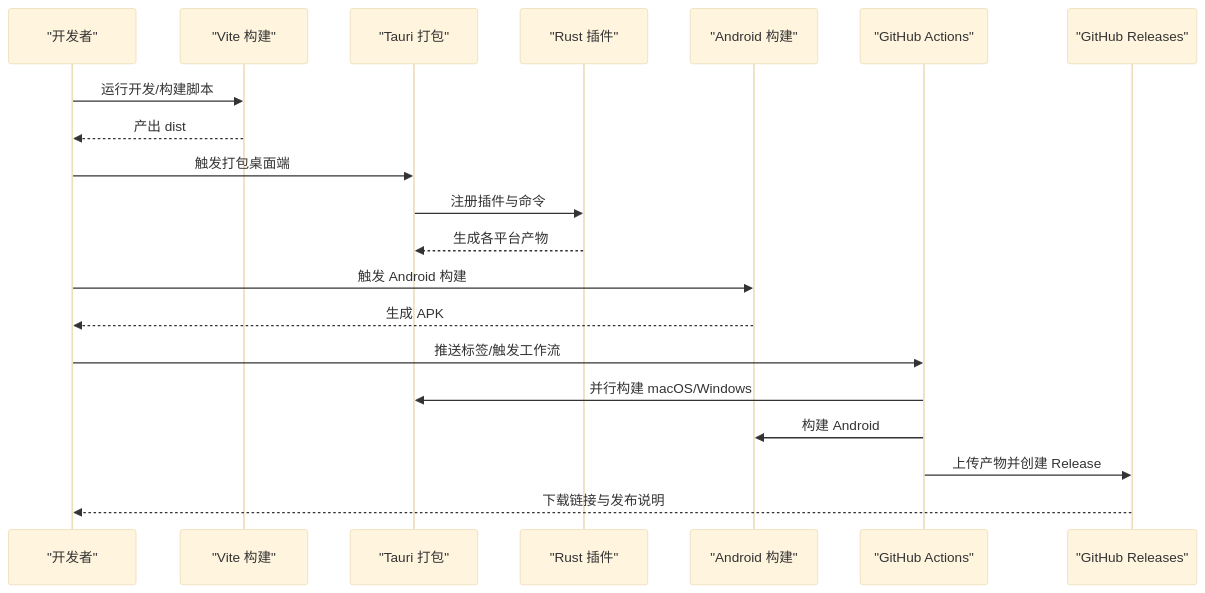
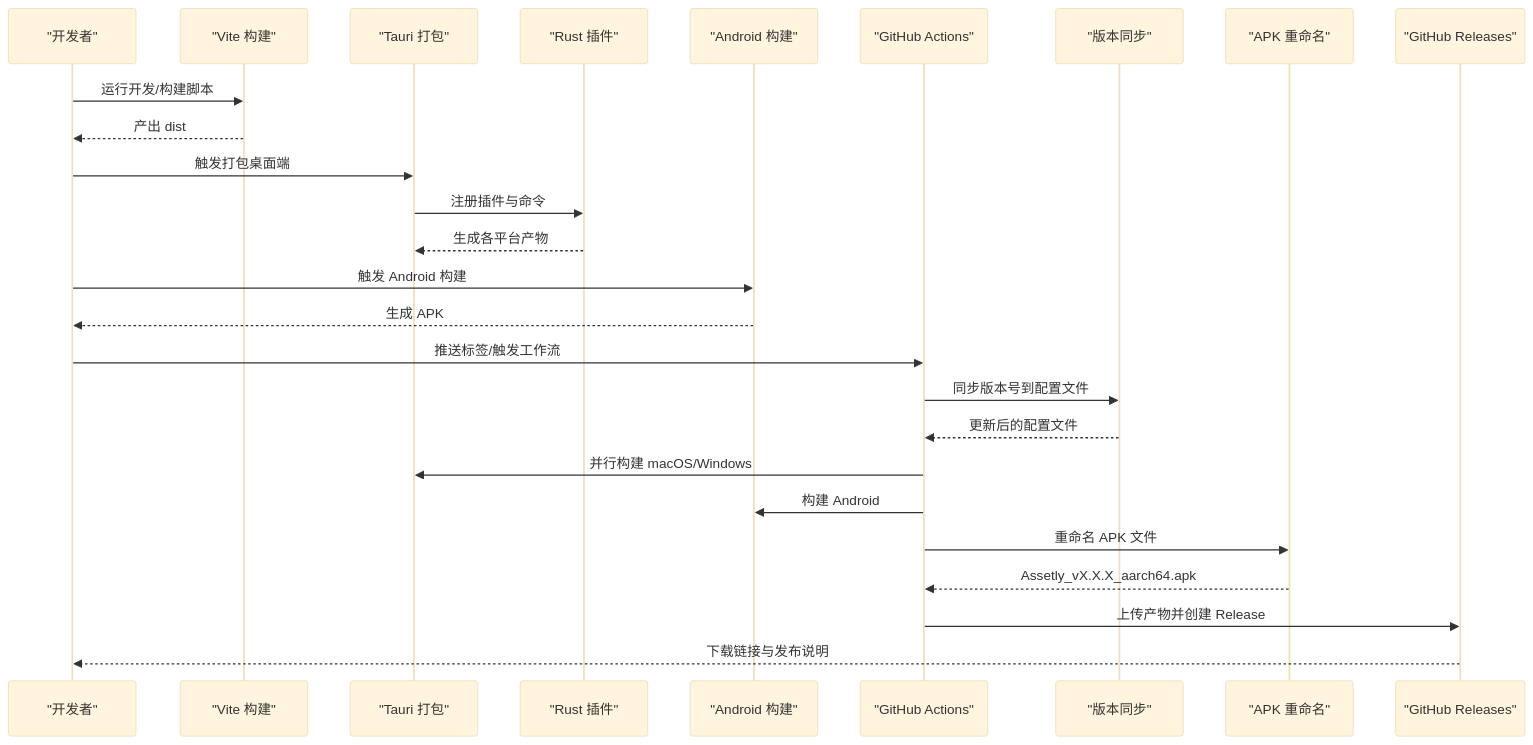
The second of 3 diagrams in .qoder/repowiki/zh/content/开发指南/构建与部署.md (yn-zxj/Assetly), drawn with Mermaid (base theme) before and after one commit. The commit also changed other lines of this file and 16 other files, not shown here.

````diff
--- a/.qoder/repowiki/zh/content/开发指南/构建与部署.md
+++ b/.qoder/repowiki/zh/content/开发指南/构建与部署.md
@@ -106,22 +118,28 @@
 ```mermaid
 sequenceDiagram
 participant Dev as "开发者"
 participant Vite as "Vite 构建"
 participant Tauri as "Tauri 打包"
 participant Rust as "Rust 插件"
 participant Android as "Android 构建"
 participant GH as "GitHub Actions"
+participant VersionSync as "版本同步"
+participant APKRename as "APK 重命名"
 participant Rel as "GitHub Releases"
 Dev->>Vite : 运行开发/构建脚本
 Vite-->>Dev : 产出 dist
 Dev->>Tauri : 触发打包桌面端
 Tauri->>Rust : 注册插件与命令
 Rust-->>Tauri : 生成各平台产物
 Dev->>Android : 触发 Android 构建
 Android-->>Dev : 生成 APK
 Dev->>GH : 推送标签/触发工作流
+GH->>VersionSync : 同步版本号到配置文件
+VersionSync-->>GH : 更新后的配置文件
 GH->>Tauri : 并行构建 macOS/Windows
 GH->>Android : 构建 Android
+GH->>APKRename : 重命名 APK 文件
+APKRename-->>GH : Assetly_vX.X.X_aarch64.apk
 GH->>Rel : 上传产物并创建 Release
 Rel-->>Dev : 下载链接与发布说明
 ```
````
